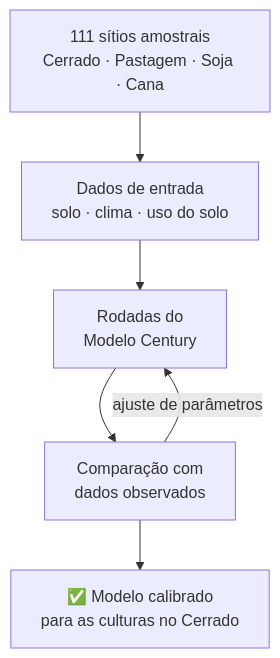
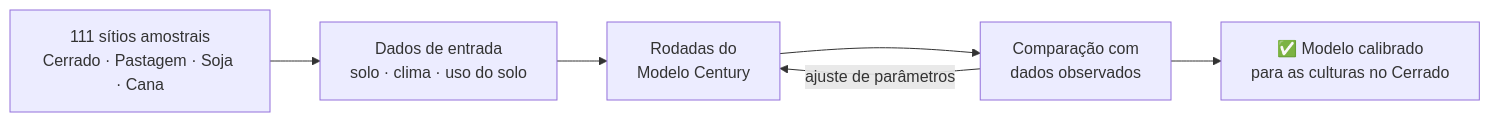
The diagram in docs/mds/referencias_conceituais.md (FelipeJesusRemoteSensing/CarbonProgram), drawn with Mermaid before and after one commit. The commit also changed other lines of this file and 5 other files, not shown here.

````diff
--- a/docs/mds/referencias_conceituais.md
+++ b/docs/mds/referencias_conceituais.md
@@ -30,9 +30,9 @@
 ```mermaid
-flowchart TD
+flowchart LR
     classDef node font-size:16px
     A[111 sítios amostrais<br>Cerrado · Pastagem · Soja · Cana] --> B[Dados de entrada<br>solo · clima · uso do solo]
     B --> C[Rodadas do<br>Modelo Century]
     C --> D[Comparação com<br>dados observados]
     D -->|ajuste de parâmetros| C
     D --> E[✅ Modelo calibrado<br>para as culturas no Cerrado]
 ```
````
